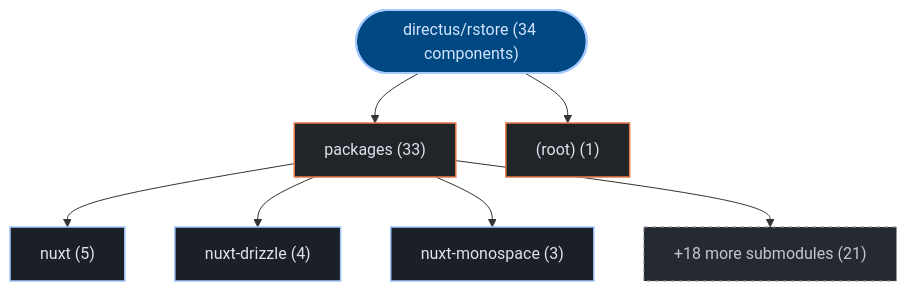
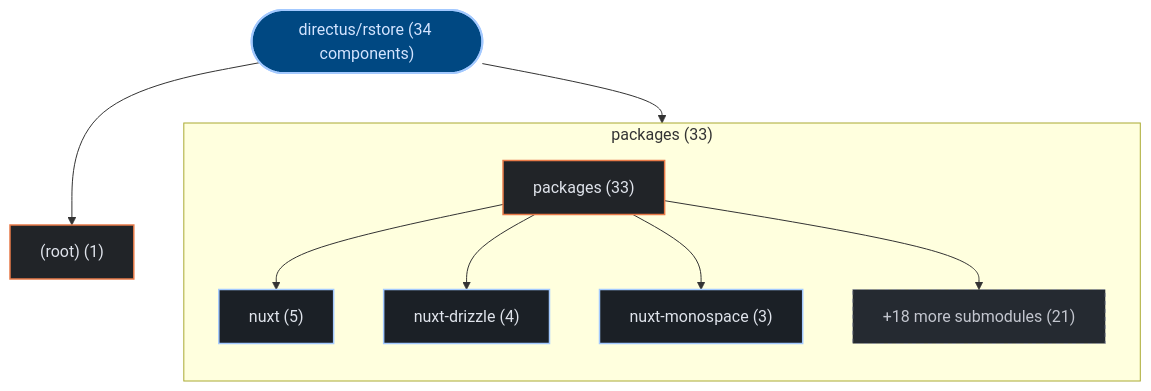
Before and after one commit to kumarshaz/atruss-code-atlas: the first of 3 diagrams in exports/latest/reports/directus-rstore-report.md, drawn with Mermaid. The commit also changed 178 other files, not shown here.

Commit message:
feat(ui,mermaid): upgrade to mermaid v12 + ELK layout, add orgs-summary + pagination, subgraph building blocks, fix tab alignment

````diff
--- a/exports/latest/reports/directus-rstore-report.md
+++ b/exports/latest/reports/directus-rstore-report.md
@@ -42,23 +42,26 @@
 ```mermaid
 graph TD;
   classDef atlasRoot fill:#004882,stroke:#a3c9ff,stroke-width:2px,color:#d3e4ff
   classDef atlasCategory fill:#212428,stroke:#E87A48,stroke-width:1.5px,color:#dfe3eb
   classDef atlasWorkflow fill:#1b2026,stroke:#a3c9ff,stroke-width:1.5px,color:#dfe3eb
   classDef atlasJob fill:#171c22,stroke:#8d9199,stroke-width:1px,color:#dfe3eb
   classDef atlasTarget fill:#005227,stroke:#8bd99b,stroke-width:1.5px,color:#a7f6b6
   classDef atlasAlert fill:#93000a,stroke:#ffb4ab,stroke-width:1.5px,color:#ffdad6
   classDef atlasMore fill:#252a31,stroke:#8d9199,stroke-dasharray:4 4,color:#c3c6cf
     repo_root(["directus/rstore (34 components)"]):::atlasRoot
-    dir_0_packages["packages (33)"]:::atlasCategory
+    subgraph sg_dir_0_packages["packages (33)"]
+      direction TB
+      dir_0_packages["packages (33)"]:::atlasCategory
+      sub_0_0_nuxt["nuxt (5)"]:::atlasWorkflow
+      dir_0_packages --> sub_0_0_nuxt
+      sub_0_1_nuxt_drizzle["nuxt-drizzle (4)"]:::atlasWorkflow
+      dir_0_packages --> sub_0_1_nuxt_drizzle
+      sub_0_2_nuxt_monospace["nuxt-monospace (3)"]:::atlasWorkflow
+      dir_0_packages --> sub_0_2_nuxt_monospace
+      sub_0_more["+18 more submodules (21)"]:::atlasMore
+      dir_0_packages --> sub_0_more
+    end
     repo_root --> dir_0_packages
-    sub_0_0_nuxt["nuxt (5)"]:::atlasWorkflow
-    dir_0_packages --> sub_0_0_nuxt
-    sub_0_1_nuxt_drizzle["nuxt-drizzle (4)"]:::atlasWorkflow
-    dir_0_packages --> sub_0_1_nuxt_drizzle
-    sub_0_2_nuxt_monospace["nuxt-monospace (3)"]:::atlasWorkflow
-    dir_0_packages --> sub_0_2_nuxt_monospace
-    sub_0_more["+18 more submodules (21)"]:::atlasMore
-    dir_0_packages --> sub_0_more
     dir_1__root_["(root) (1)"]:::atlasCategory
     repo_root --> dir_1__root_
 ```
````
